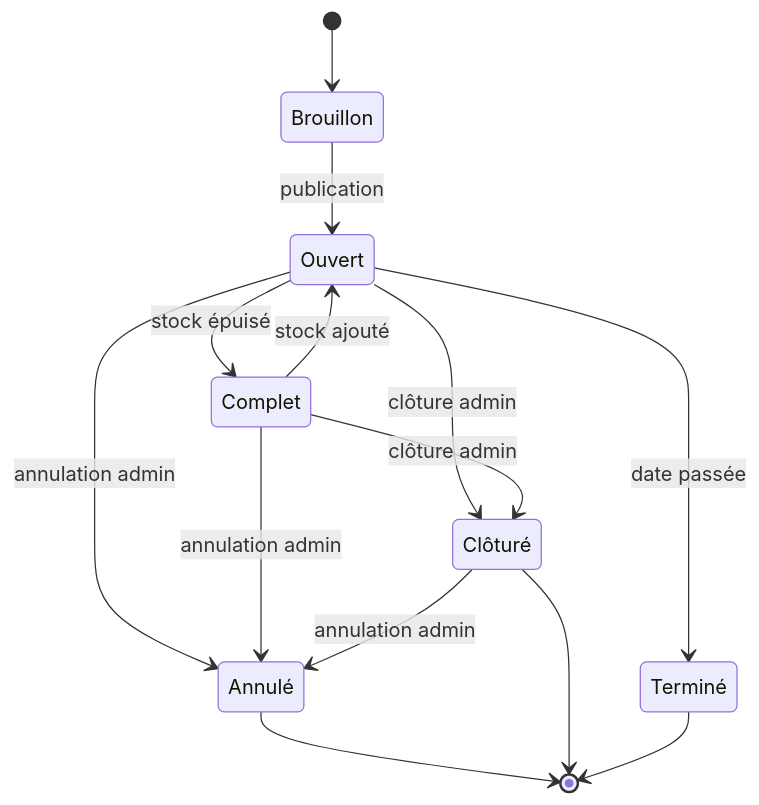
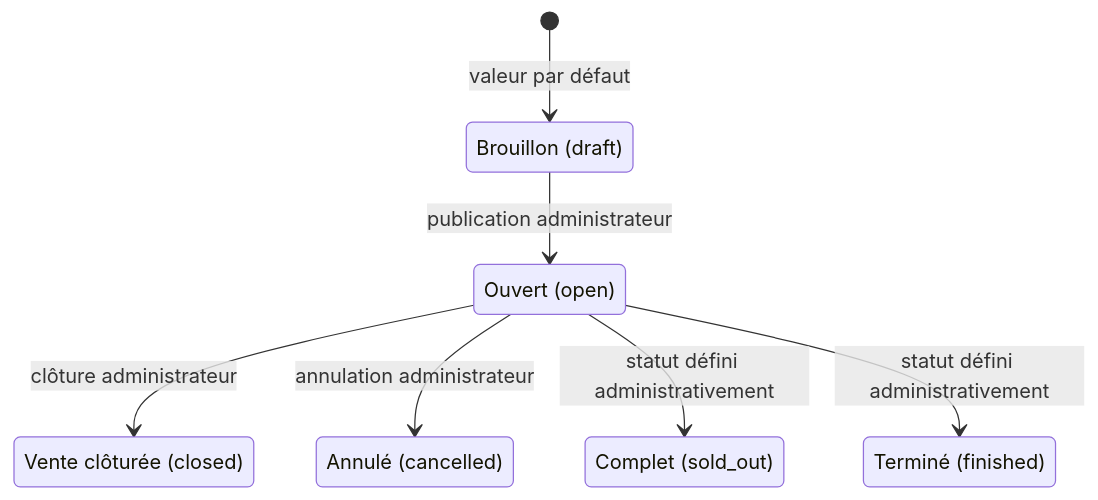
Before and after one commit to Axel-al/billeterie-concerts: the first of 3 diagrams in docs/validation/diagrammes_etats.md, drawn with Mermaid. The commit also changed other lines of this file and 43 other files, not shown here.

````diff
--- a/docs/validation/diagrammes_etats.md
+++ b/docs/validation/diagrammes_etats.md
@@ -7,19 +8,16 @@
 ```mermaid
 stateDiagram-v2
-    state "Clôturé" as Cloture
-    state "Annulé" as Annule
-    state "Terminé" as Termine
-    [*] --> Brouillon
-    Brouillon --> Ouvert: publication
-    Ouvert --> Cloture: clôture admin
-    Ouvert --> Complet: stock épuisé
-    Ouvert --> Annule: annulation admin
-    Ouvert --> Termine: date passée
-    Complet --> Ouvert: stock ajouté
-    Complet --> Cloture: clôture admin
-    Complet --> Annule: annulation admin
-    Cloture --> Annule: annulation admin
-    Annule --> [*]
-    Cloture --> [*]
-    Termine --> [*]
+    state "Brouillon (draft)" as Brouillon
+    state "Ouvert (open)" as Ouvert
+    state "Vente clôturée (closed)" as Cloture
+    state "Complet (sold_out)" as Complet
+    state "Annulé (cancelled)" as Annule
+    state "Terminé (finished)" as Termine
+
+    [*] --> Brouillon: valeur par défaut
+    Brouillon --> Ouvert: publication administrateur
+    Ouvert --> Cloture: clôture administrateur
+    Ouvert --> Annule: annulation administrateur
+    Ouvert --> Complet: statut défini administrativement
+    Ouvert --> Termine: statut défini administrativement
 ```
````
